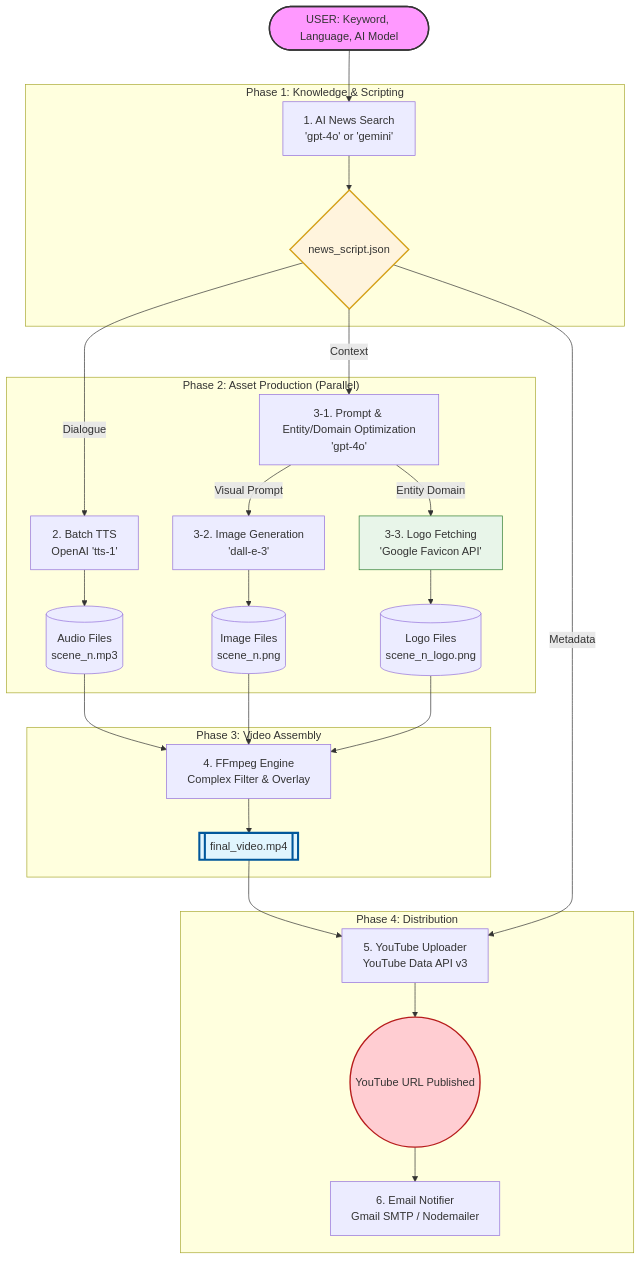
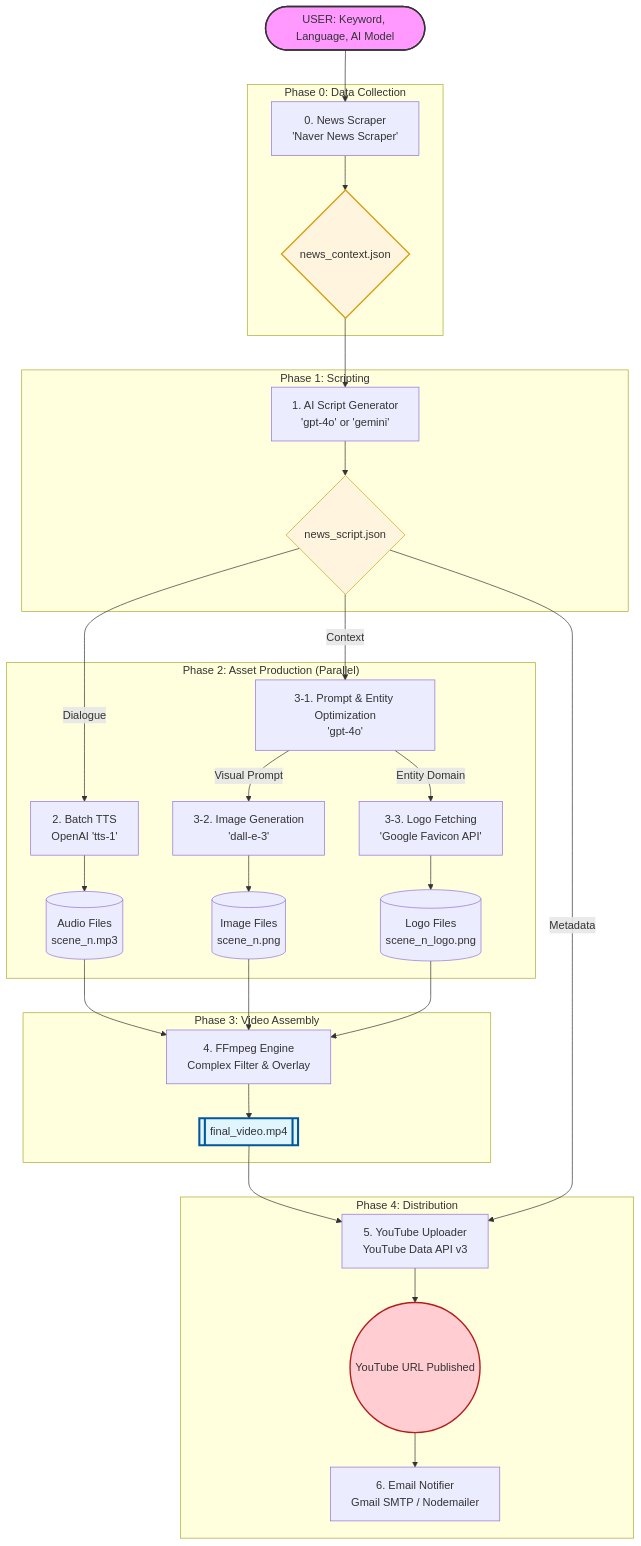
One commit to tanminkwan/play-with-google changed the diagram in DOCUMENTATION.md. Above: the diagram before and after it, drawn with Mermaid. The commit also changed other lines of this file and 55 other files, not shown here.

Commit message:
feat: restructure pipeline into 7 steps, add news collection, and update documentation

````diff
--- a/DOCUMENTATION.md
+++ b/DOCUMENTATION.md
@@ -7,47 +7,53 @@
 ```mermaid
 graph TD
     %% Input
-    User([USER: Keyword, Language, AI Model]) --> ScriptGen
+    User([USER: Keyword, Language, AI Model]) --> NewsColl
+
+    %% Step 0: News Collection
+    subgraph "Phase 0: Data Collection"
+        NewsColl[0. News Scraper<br/>'Naver News Scraper']
+        NewsColl --> NewsCtx{news_context.json}
+    end
 
     %% Step 1: Script Generation
-    subgraph "Phase 1: Knowledge & Scripting"
-        ScriptGen[1. AI News Search<br/>'gpt-4o' or 'gemini'] 
+    subgraph "Phase 1: Scripting"
+        NewsCtx --> ScriptGen[1. AI Script Generator<br/>'gpt-4o' or 'gemini'] 
         ScriptGen --> JSONData{news_script.json}
     end
 
     %% Step 2 & 3: Resource Generation (Parallel)
     subgraph "Phase 2: Asset Production (Parallel)"
         JSONData -->|Dialogue| TTSGen[2. Batch TTS<br/>OpenAI 'tts-1']
-        JSONData -->|Context| PromptOpt[3-1. Prompt & Entity/Domain Optimization<br/>'gpt-4o']
+        JSONData -->|Context| PromptOpt[3-1. Prompt & Entity Optimization<br/>'gpt-4o']
         
         PromptOpt -->|Visual Prompt| ImageGen[3-2. Image Generation<br/>'dall-e-3']
         PromptOpt -->|Entity Domain| LogoFetch[3-3. Logo Fetching<br/>'Google Favicon API']
         
         TTSGen --> MP3Files[(Audio Files<br/>scene_n.mp3)]
         ImageGen --> PNGFiles[(Image Files<br/>scene_n.png)]
         LogoFetch --> LogoFiles[(Logo Files<br/>scene_n_logo.png)]
     end
 
     %% Step 4: Assembly
     subgraph "Phase 3: Video Assembly"
         MP3Files --> FFmpeg[4. FFmpeg Engine<br/>Complex Filter & Overlay]
         PNGFiles --> FFmpeg
         LogoFiles --> FFmpeg
         FFmpeg --> MasterVideo[[final_video.mp4]]
     end
 
     %% Step 5: Publication
     subgraph "Phase 4: Distribution"
         MasterVideo --> YTUpload[5. YouTube Uploader<br/>YouTube Data API v3]
         JSONData -->|Metadata| YTUpload
         YTUpload --> FinalResult((YouTube URL Published))
         FinalResult --> EmailNotif[6. Email Notifier<br/>Gmail SMTP / Nodemailer]
     end
 
     %% Styling
     style User fill:#f9f,stroke:#333,stroke-width:2px
-    style JSONData fill:#fff4dd,stroke:#d4a017,stroke-width:2px
+    style NewsCtx fill:#fff4dd,stroke:#d4a017,stroke-width:2px
+    style JSONData fill:#fff4dd,stroke:#d4a017,stroke-width:1px
     style MasterVideo fill:#e1f5fe,stroke:#01579b,stroke-width:3px
     style FinalResult fill:#ffcdd2,stroke:#b71c1c,stroke-width:2px
-    style LogoFetch fill:#e8f5e9,stroke:#2e7d32,stroke-width:1px
 ```
````
